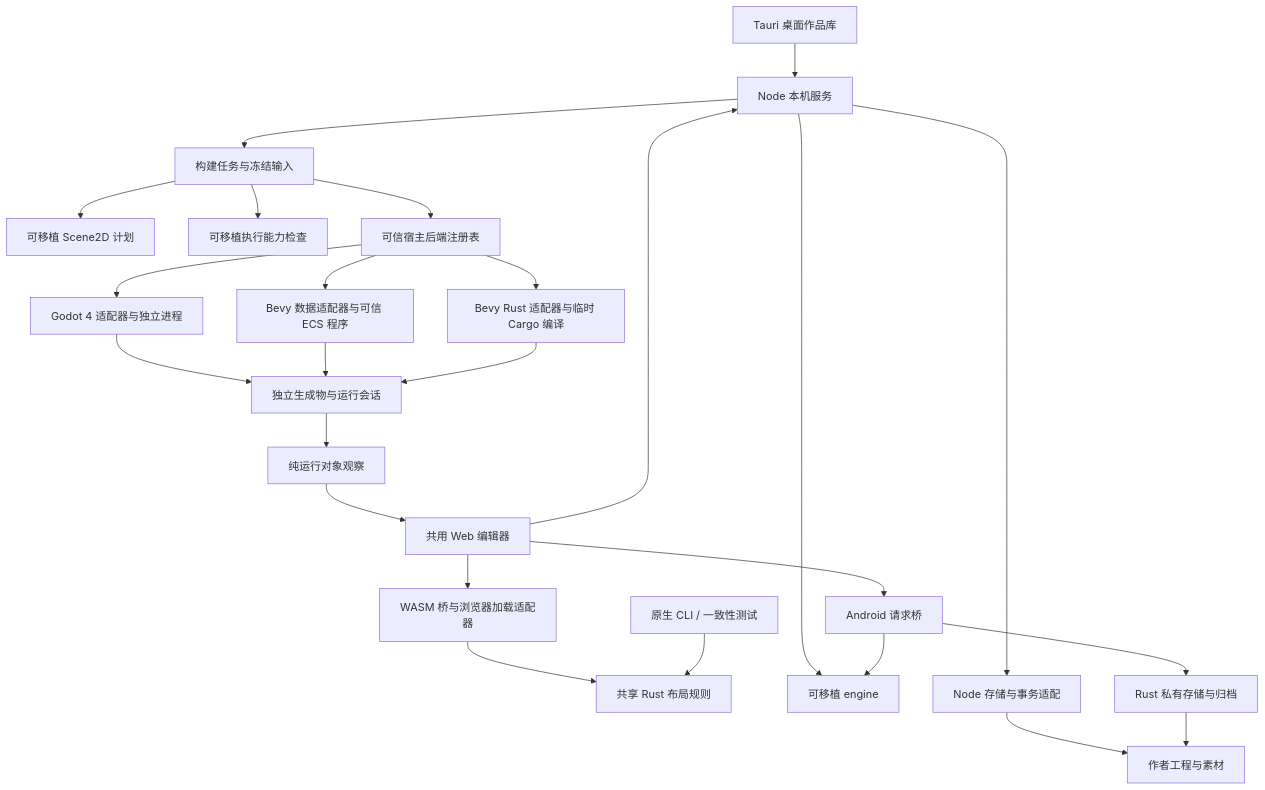
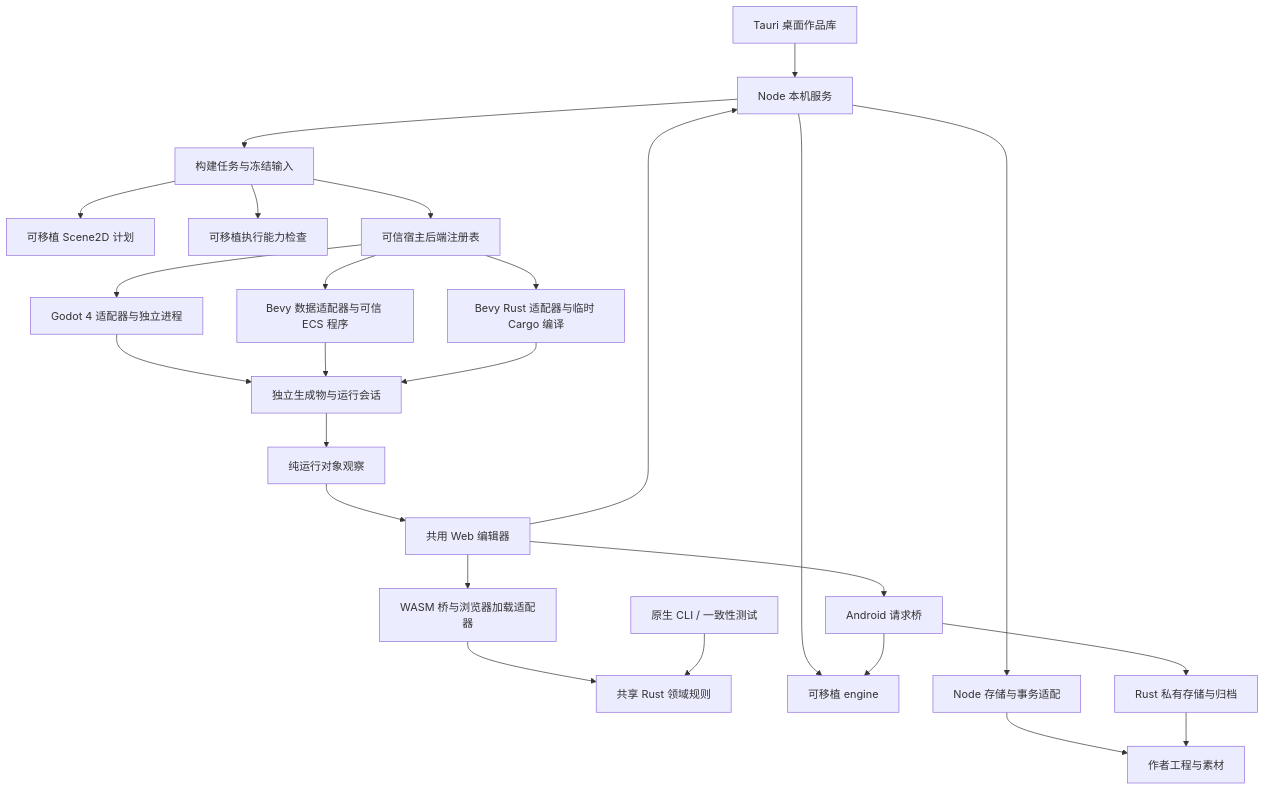
The diagram in docs/ARCHITECTURE.md (Team-silvortex/viento-studio), drawn with Mermaid before and after one commit. The commit also changed other lines of this file and 182 other files, not shown here.

````diff
--- a/docs/ARCHITECTURE.md
+++ b/docs/ARCHITECTURE.md
@@ -213,27 +45,27 @@
 ```mermaid
 flowchart TB
   Desktop[Tauri 桌面作品库] --> Node[Node 本机服务]
   Web[共用 Web 编辑器] --> Node
   Web --> Wasm[WASM 桥与浏览器加载适配器]
-  Wasm --> SharedRust[共享 Rust 布局规则]
+  Wasm --> SharedRust[共享 Rust 领域规则]
   NativeCheck[原生 CLI / 一致性测试] --> SharedRust
   Web --> Mobile[Android 请求桥]
   Node --> Core[可移植 engine]
   Mobile --> Core
   Node --> IO[Node 存储与事务适配]
   Mobile --> Rust[Rust 私有存储与归档]
   IO --> Source[作者工程与素材]
   Rust --> Source
   Node --> Build[构建任务与冻结输入]
   Build --> Plan[可移植 Scene2D 计划]
   Build --> Admission[可移植执行能力检查]
   Build --> Registry[可信宿主后端注册表]
   Registry --> Godot[Godot 4 适配器与独立进程]
   Registry --> Bevy[Bevy 数据适配器与可信 ECS 程序]
   Registry --> BevyRust[Bevy Rust 适配器与临时 Cargo 编译]
   Godot --> Output[独立生成物与运行会话]
   Bevy --> Output
   BevyRust --> Output
   Output --> Observation[纯运行对象观察]
   Observation --> Web
 ```
````
